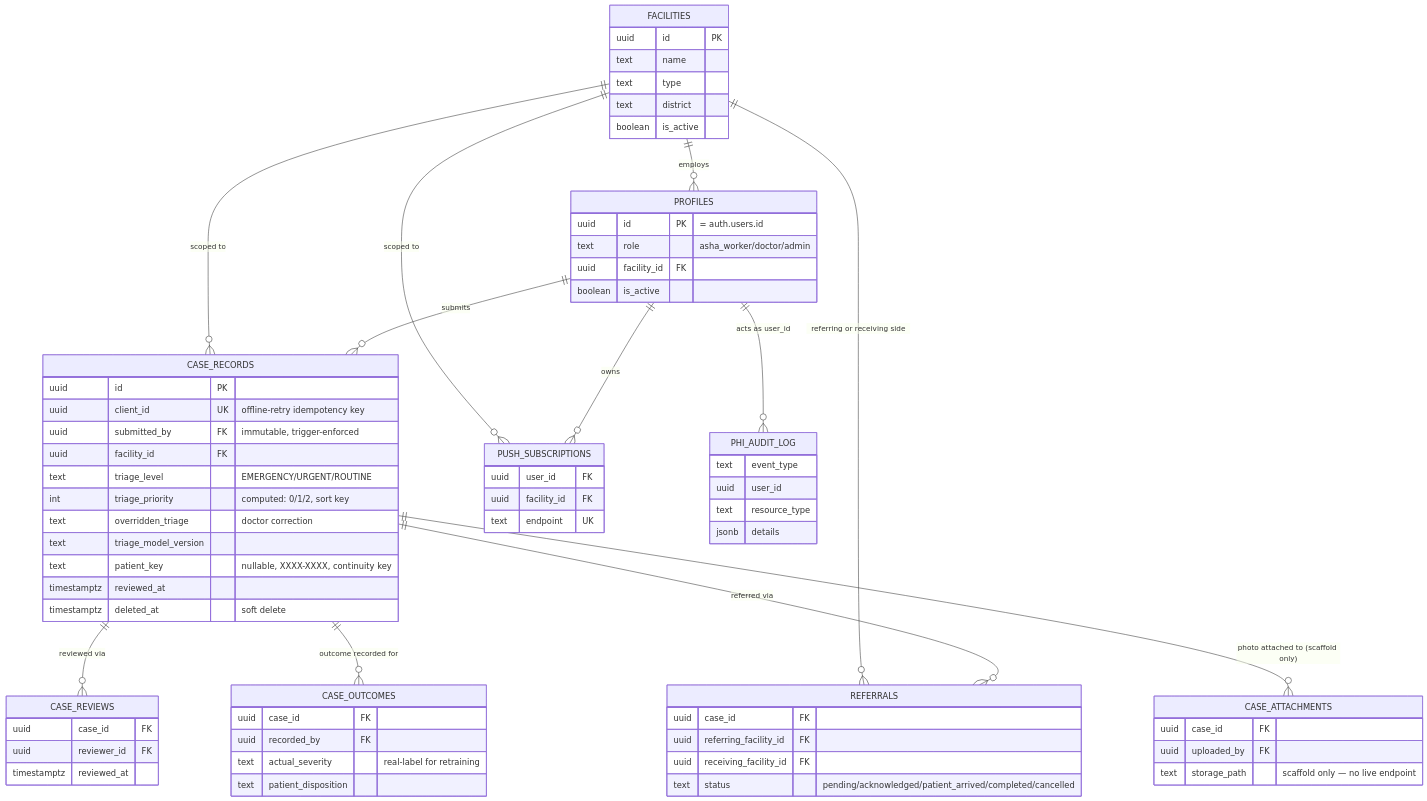
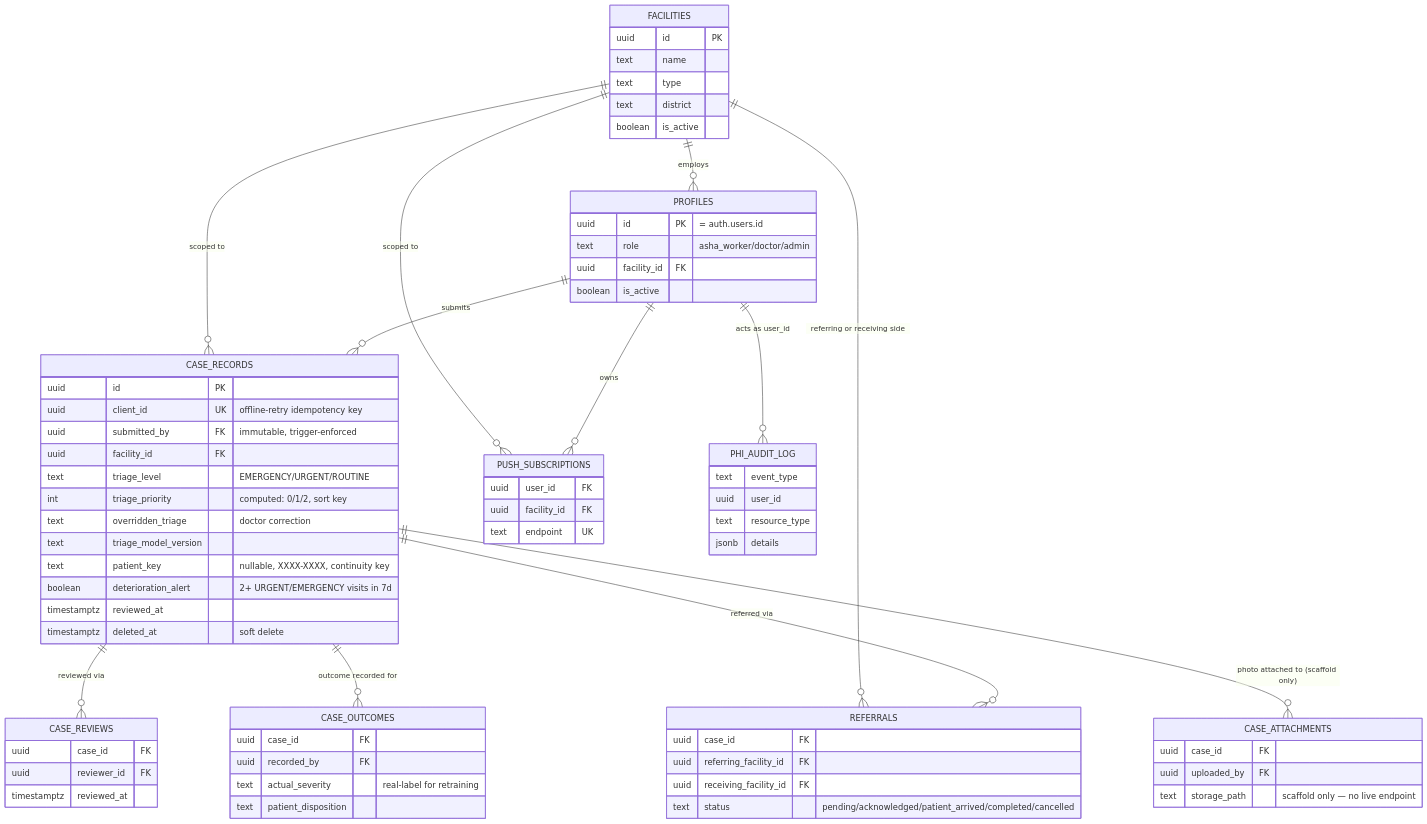
One commit to Lonely-Demon/VitalNet changed the third of 4 diagrams in CODEBASE_MAP.md. Above: the diagram before and after it, drawn with Mermaid. The commit also changed other lines of this file and 6 other files, not shown here.

First line of the commit message:
Add cross-visit deterioration alert for repeated severe presentations

````diff
--- a/CODEBASE_MAP.md
+++ b/CODEBASE_MAP.md
@@ -674,74 +683,75 @@
 ```mermaid
 erDiagram
     FACILITIES ||--o{ PROFILES : employs
     FACILITIES ||--o{ CASE_RECORDS : "scoped to"
     FACILITIES ||--o{ PUSH_SUBSCRIPTIONS : "scoped to"
     FACILITIES ||--o{ REFERRALS : "referring or receiving side"
     PROFILES ||--o{ CASE_RECORDS : submits
     PROFILES ||--o{ PUSH_SUBSCRIPTIONS : owns
     PROFILES ||--o{ PHI_AUDIT_LOG : "acts as user_id"
     CASE_RECORDS ||--o{ CASE_REVIEWS : "reviewed via"
     CASE_RECORDS ||--o{ CASE_OUTCOMES : "outcome recorded for"
     CASE_RECORDS ||--o{ REFERRALS : "referred via"
     CASE_RECORDS ||--o{ CASE_ATTACHMENTS : "photo attached to (scaffold only)"
 
     FACILITIES {
         uuid id PK
         text name
         text type
         text district
         boolean is_active
     }
     PROFILES {
         uuid id PK "= auth.users.id"
         text role "asha_worker/doctor/admin"
         uuid facility_id FK
         boolean is_active
     }
     CASE_RECORDS {
         uuid id PK
         uuid client_id UK "offline-retry idempotency key"
         uuid submitted_by FK "immutable, trigger-enforced"
         uuid facility_id FK
         text triage_level "EMERGENCY/URGENT/ROUTINE"
         int triage_priority "computed: 0/1/2, sort key"
         text overridden_triage "doctor correction"
         text triage_model_version
         text patient_key "nullable, XXXX-XXXX, continuity key"
+        boolean deterioration_alert "2+ URGENT/EMERGENCY visits in 7d"
         timestamptz reviewed_at
         timestamptz deleted_at "soft delete"
     }
     CASE_REVIEWS {
         uuid case_id FK
         uuid reviewer_id FK
         timestamptz reviewed_at
     }
     CASE_OUTCOMES {
         uuid case_id FK
         uuid recorded_by FK
         text actual_severity "real-label for retraining"
         text patient_disposition
     }
     PHI_AUDIT_LOG {
         text event_type
         uuid user_id
         text resource_type
         jsonb details
     }
     PUSH_SUBSCRIPTIONS {
         uuid user_id FK
         uuid facility_id FK
         text endpoint UK
     }
     REFERRALS {
         uuid case_id FK
         uuid referring_facility_id FK
         uuid receiving_facility_id FK
         text status "pending/acknowledged/patient_arrived/completed/cancelled"
     }
     CASE_ATTACHMENTS {
         uuid case_id FK
         uuid uploaded_by FK
         text storage_path "scaffold only — no live endpoint"
     }
 ```
````
